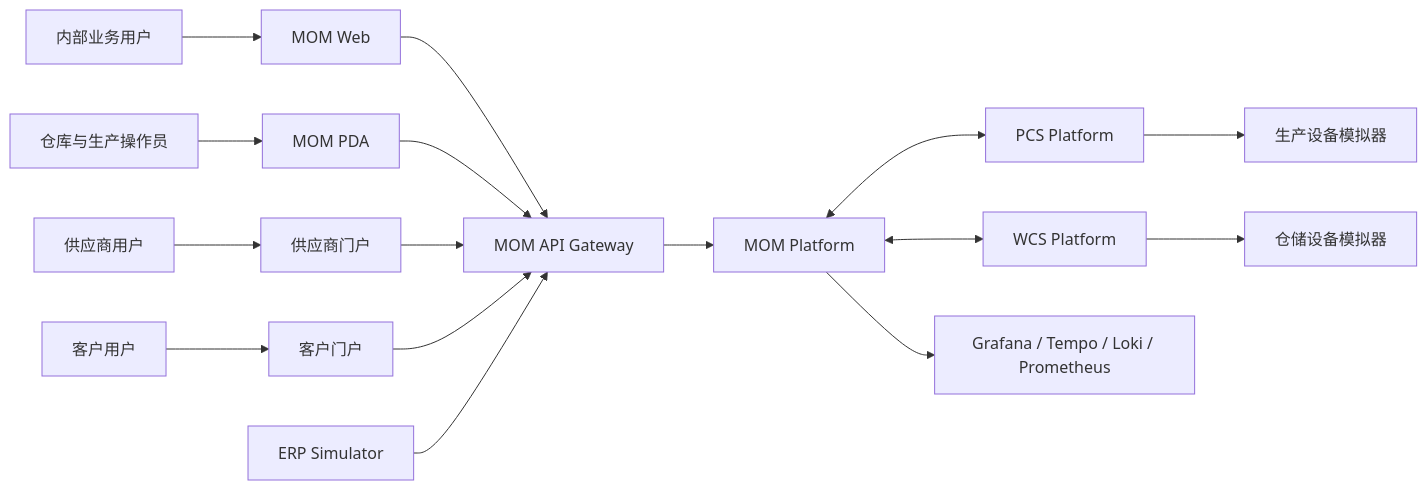
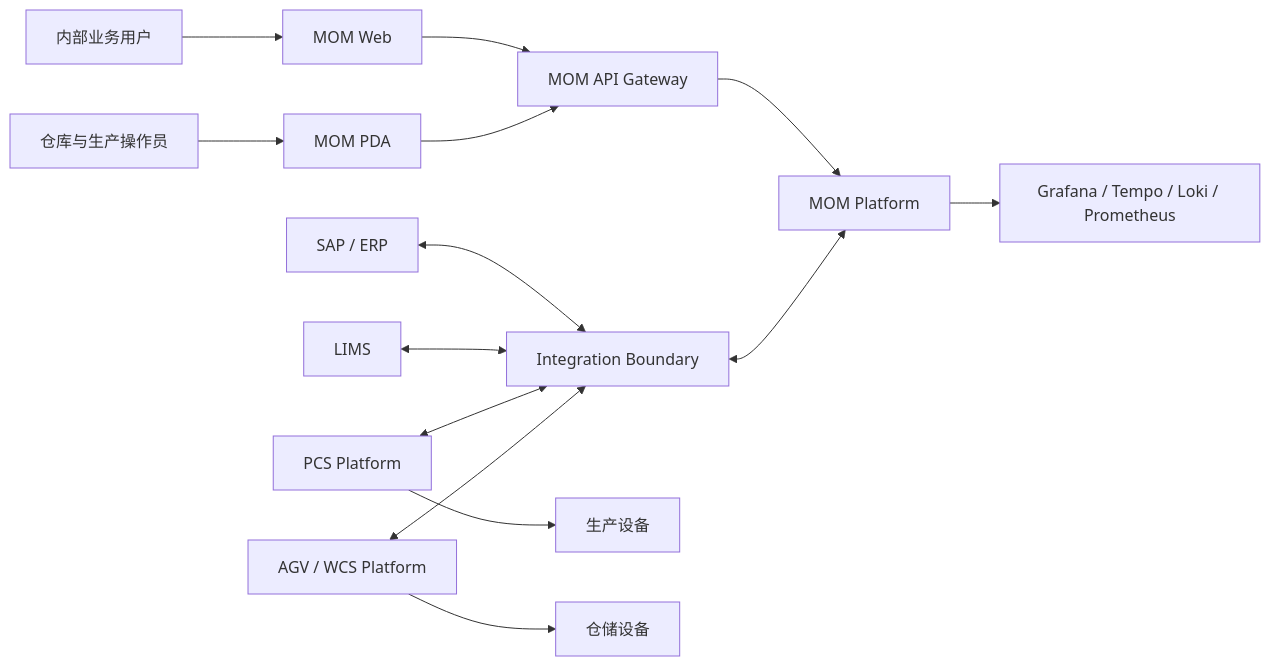
One commit to Chris-co-shi/mom-platform changed the diagram in docs/architecture/系统上下文.md. Above: the diagram before and after it, drawn with Mermaid. The commit also changed other lines of this file and 6 other files, not shown here.

````diff
--- a/docs/architecture/系统上下文.md
+++ b/docs/architecture/系统上下文.md
@@ -9,22 +12,20 @@
 ```mermaid
 flowchart LR
   Internal[内部业务用户] --> Web[MOM Web]
   Warehouse[仓库与生产操作员] --> PDA[MOM PDA]
-  Supplier[供应商用户] --> SP[供应商门户]
-  Customer[客户用户] --> CP[客户门户]
 
   Web --> GW[MOM API Gateway]
   PDA --> GW
-  SP --> GW
-  CP --> GW
-  ERP[ERP Simulator] --> GW
+  GW --> MOM[MOM Platform]
 
-  GW --> MOM[MOM Platform]
-  MOM <--> PCS[PCS Platform]
-  MOM <--> WCS[WCS Platform]
+  ERP[SAP / ERP] <--> INT[Integration Boundary]
+  LIMS[LIMS] <--> INT
+  PCS[PCS Platform] <--> INT
+  WCS[AGV / WCS Platform] <--> INT
+  INT <--> MOM
 
-  PCS --> Devices[生产设备模拟器]
-  WCS --> WarehouseDevices[仓储设备模拟器]
+  PCS --> Devices[生产设备]
+  WCS --> WarehouseDevices[仓储设备]
 
   MOM --> OBS[Grafana / Tempo / Loki / Prometheus]
 ```
````
